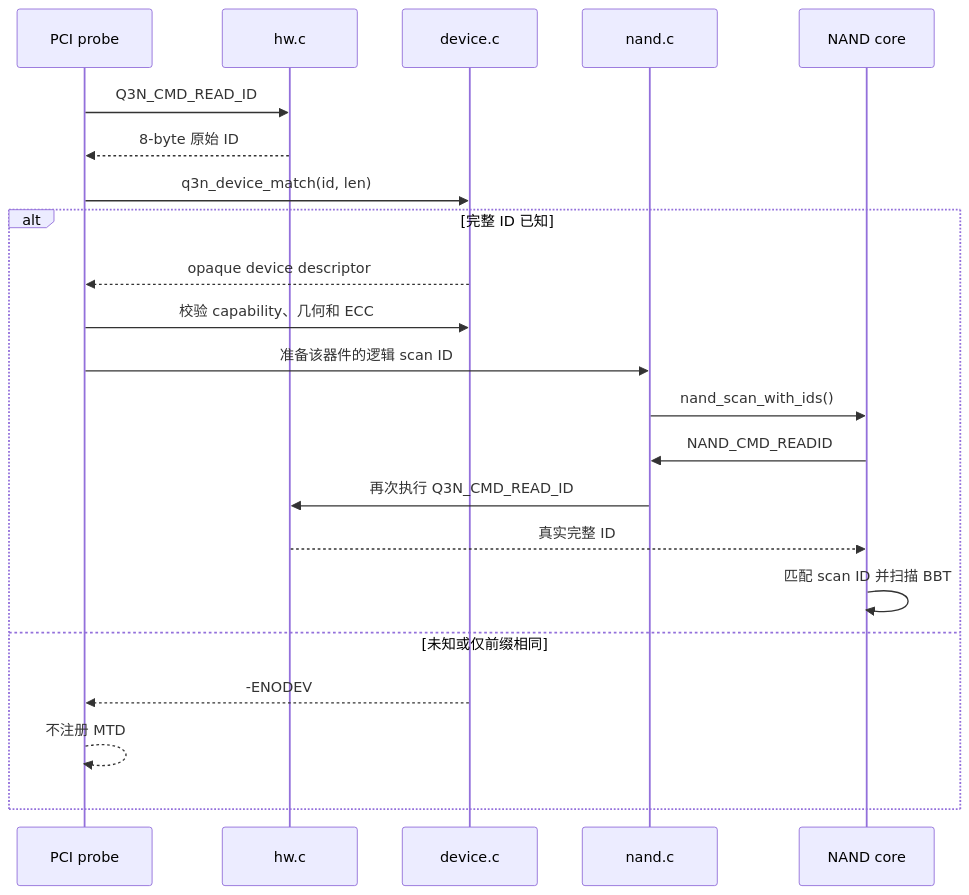
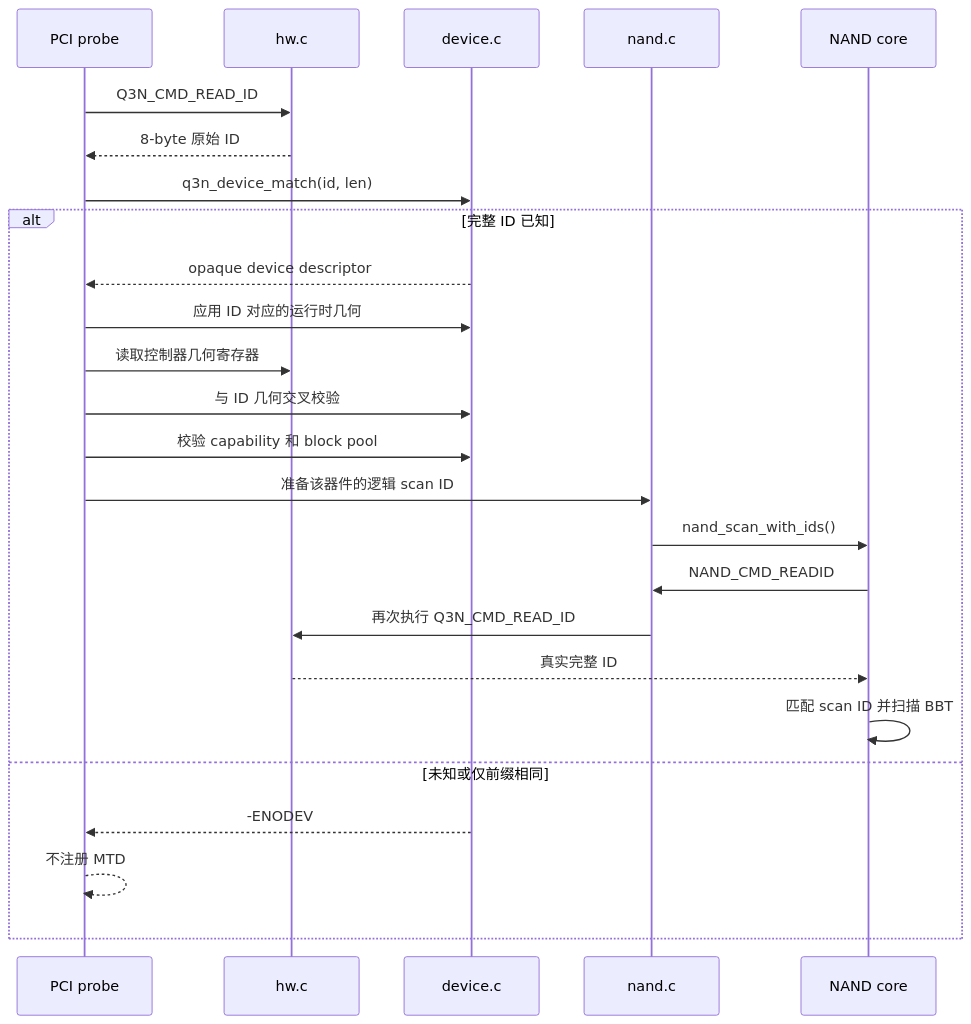
Before and after one commit to avenstar65/3dnand_test: the third of 5 diagrams in docs/superpowers/specs/2026-09-13-linux-driver-functional-split-design.md, drawn with Mermaid. The commit also changed other lines of this file and 14 other files, not shown here.

````diff
--- a/docs/superpowers/specs/2026-09-13-linux-driver-functional-split-design.md
+++ b/docs/superpowers/specs/2026-09-13-linux-driver-functional-split-design.md
@@ -180,25 +182,28 @@
 ```mermaid
 sequenceDiagram
     participant Probe as PCI probe
     participant HW as hw.c
     participant Dev as device.c
     participant NAND as nand.c
     participant Core as NAND core
 
     Probe->>HW: Q3N_CMD_READ_ID
     HW-->>Probe: 8-byte 原始 ID
     Probe->>Dev: q3n_device_match(id, len)
     alt 完整 ID 已知
         Dev-->>Probe: opaque device descriptor
-        Probe->>Dev: 校验 capability、几何和 ECC
+        Probe->>Dev: 应用 ID 对应的运行时几何
+        Probe->>HW: 读取控制器几何寄存器
+        Probe->>Dev: 与 ID 几何交叉校验
+        Probe->>Dev: 校验 capability 和 block pool
         Probe->>NAND: 准备该器件的逻辑 scan ID
         NAND->>Core: nand_scan_with_ids()
         Core->>NAND: NAND_CMD_READID
         NAND->>HW: 再次执行 Q3N_CMD_READ_ID
         HW-->>Core: 真实完整 ID
         Core->>Core: 匹配 scan ID 并扫描 BBT
     else 未知或仅前缀相同
         Dev-->>Probe: -ENODEV
         Probe-->>Probe: 不注册 MTD
     end
 ```
````
